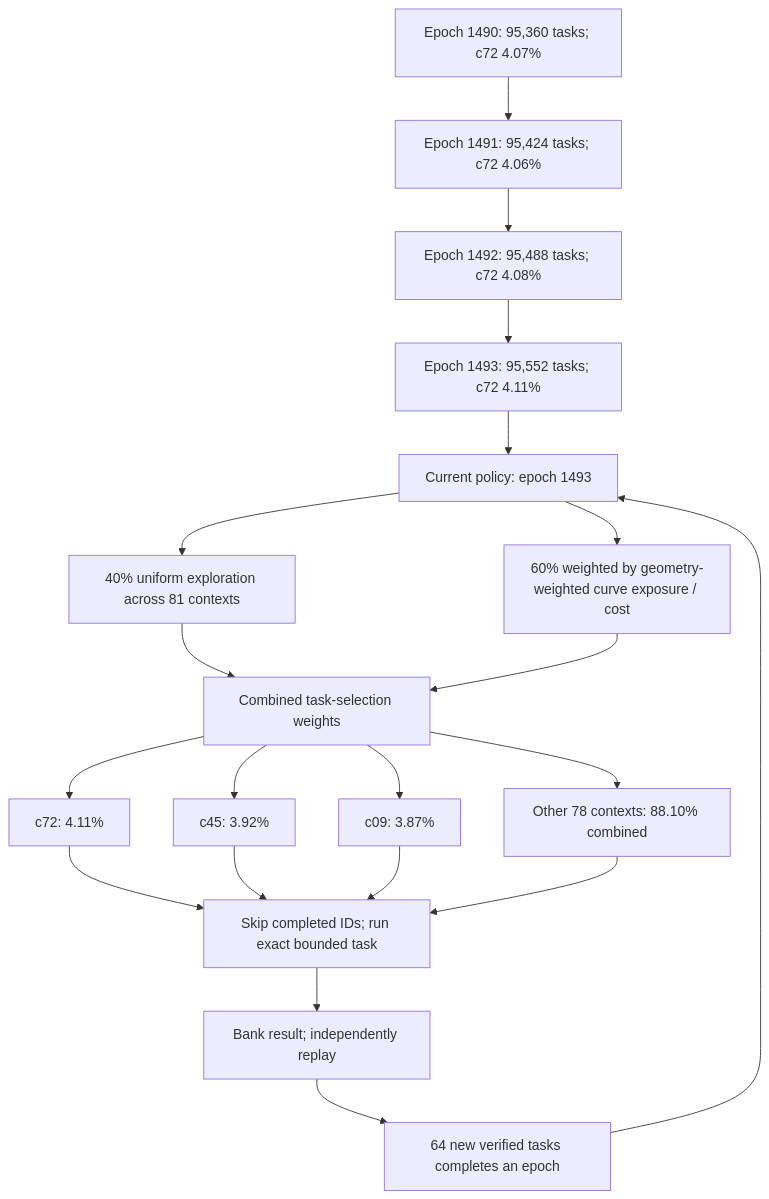
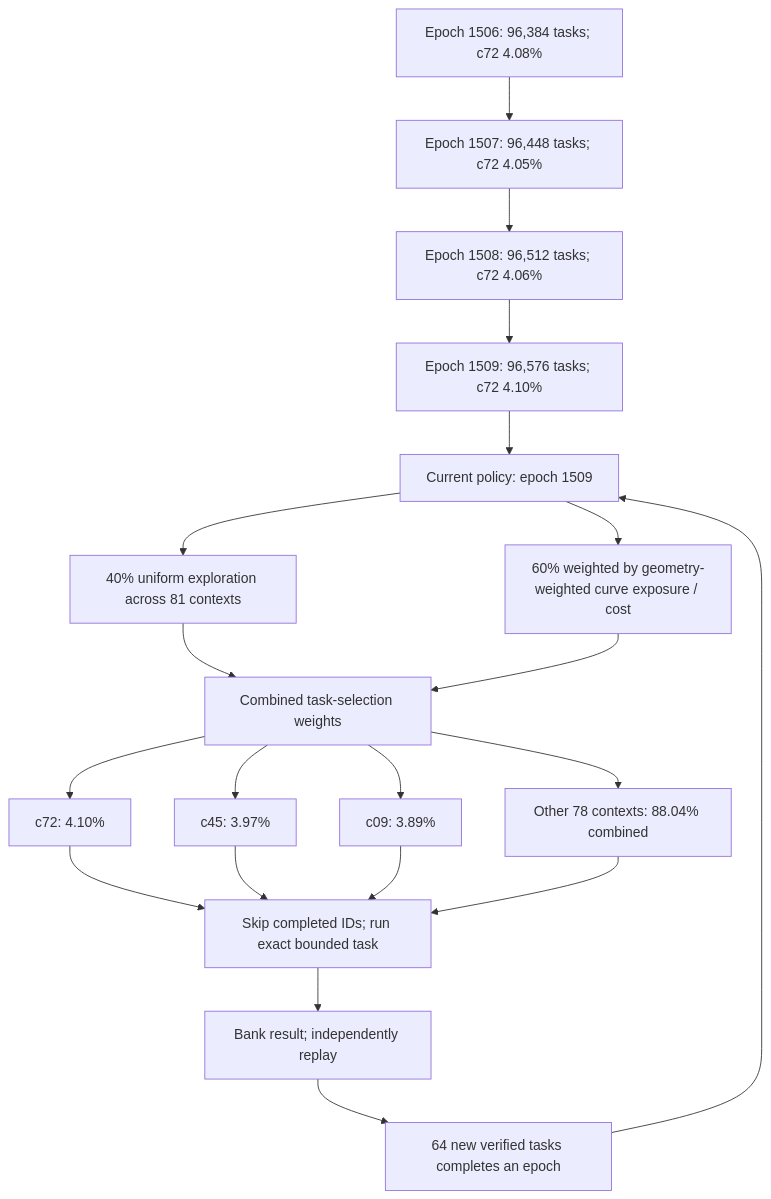
The first of 3 diagrams in README.md (Kuberwastaken/math-gambling), drawn with Mermaid before and after one commit. The commit also changed other lines of this file and 2140 other files, not shown here.

````diff
--- a/README.md
+++ b/README.md
@@ -56,27 +56,27 @@
 ```mermaid
 flowchart TD
-    H0["Epoch 1490: 95,360 tasks; c72 4.07%"]
-    H1["Epoch 1491: 95,424 tasks; c72 4.06%"]
+    H0["Epoch 1506: 96,384 tasks; c72 4.08%"]
+    H1["Epoch 1507: 96,448 tasks; c72 4.05%"]
     H0 --> H1
-    H2["Epoch 1492: 95,488 tasks; c72 4.08%"]
+    H2["Epoch 1508: 96,512 tasks; c72 4.06%"]
     H1 --> H2
-    H3["Epoch 1493: 95,552 tasks; c72 4.11%"]
+    H3["Epoch 1509: 96,576 tasks; c72 4.10%"]
     H2 --> H3
-    Policy["Current policy: epoch 1493"]
+    Policy["Current policy: epoch 1509"]
     H3 --> Policy
     Policy --> Explore["40% uniform exploration across 81 contexts"]
     Policy --> Cost["60% weighted by geometry-weighted curve exposure / cost"]
     Explore --> Mix["Combined task-selection weights"]
     Cost --> Mix
-    Mix --> C0["c72: 4.11%"]
-    Mix --> C1["c45: 3.92%"]
-    Mix --> C2["c09: 3.87%"]
-    Mix --> Rest["Other 78 contexts: 88.10% combined"]
+    Mix --> C0["c72: 4.10%"]
+    Mix --> C1["c45: 3.97%"]
+    Mix --> C2["c09: 3.89%"]
+    Mix --> Rest["Other 78 contexts: 88.04% combined"]
     C0 --> Check["Skip completed IDs; run exact bounded task"]
     C1 --> Check
     C2 --> Check
     Rest --> Check
     Check --> Replay["Bank result; independently replay"]
     Replay --> Gate["64 new verified tasks completes an epoch"]
     Gate --> Policy
 ```
````
